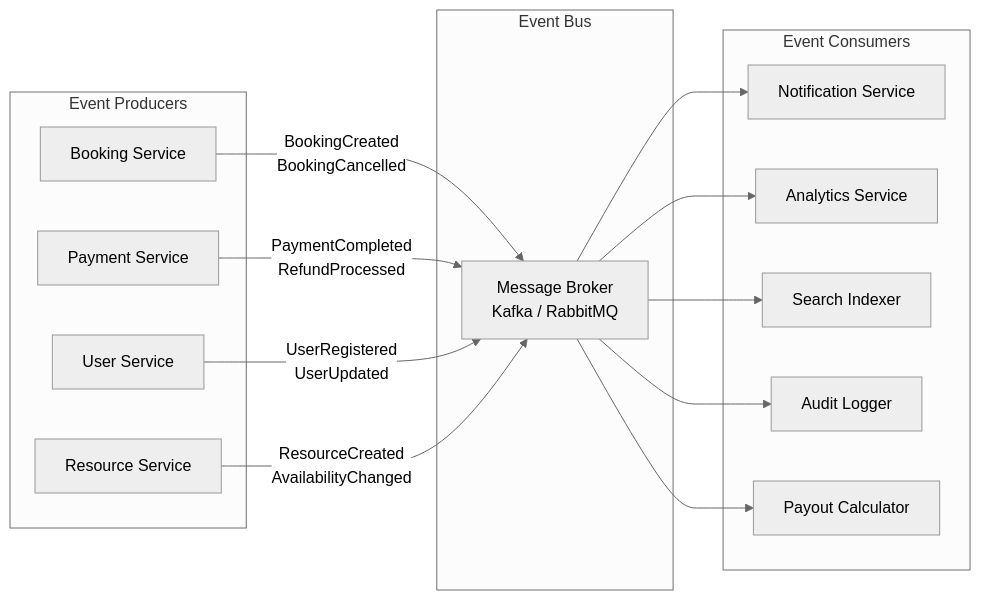
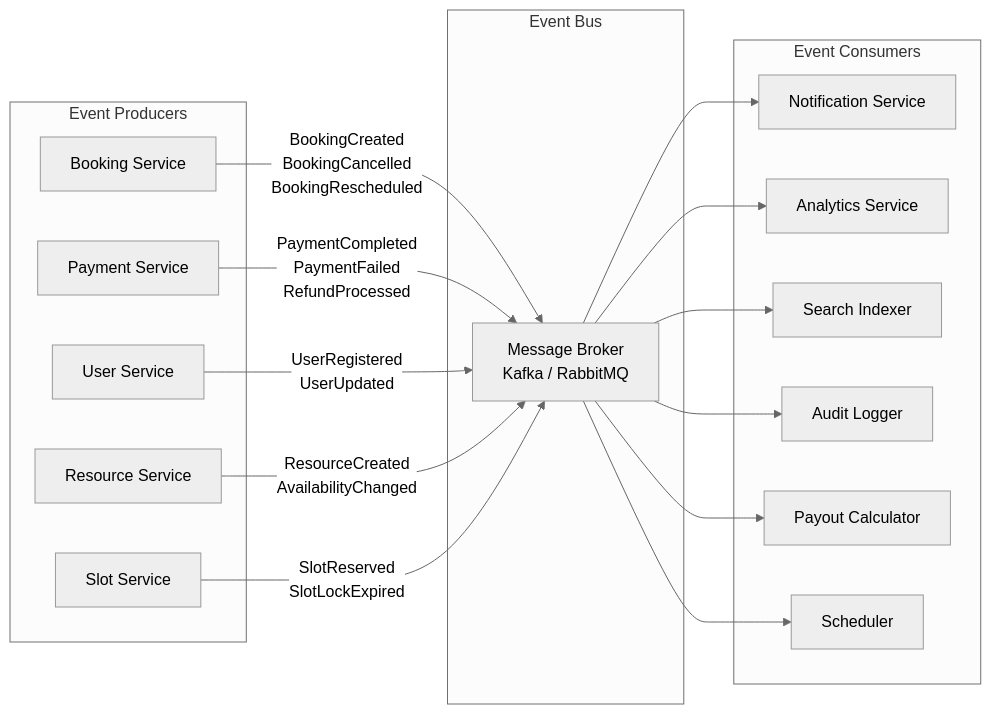
One commit to 0Ankit0/Project-Ideas changed the fourth of 6 diagrams in Slot Booking System/high-level-design/architecture-diagram.md. Above: the diagram before and after it, drawn with Mermaid (neutral theme). The commit also changed other lines of this file and 23 other files, not shown here.

First line of the commit message:
feat: Enhance Slot Booking System documentation and architecture

````diff
--- a/Slot Booking System/high-level-design/architecture-diagram.md
+++ b/Slot Booking System/high-level-design/architecture-diagram.md
@@ -215,32 +235,36 @@
 ```mermaid
 flowchart LR
     subgraph "Event Producers"
         P1[Booking Service]
         P2[Payment Service]
         P3[User Service]
         P4[Resource Service]
+        P5[Slot Service]
     end
     
     subgraph "Event Bus"
         EB[Message Broker<br/>Kafka / RabbitMQ]
     end
     
     subgraph "Event Consumers"
         C1[Notification Service]
         C2[Analytics Service]
         C3[Search Indexer]
         C4[Audit Logger]
         C5[Payout Calculator]
+        C6[Scheduler]
     end
     
-    P1 -->|BookingCreated<br/>BookingCancelled| EB
-    P2 -->|PaymentCompleted<br/>RefundProcessed| EB
+    P1 -->|BookingCreated<br/>BookingCancelled<br/>BookingRescheduled| EB
+    P2 -->|PaymentCompleted<br/>PaymentFailed<br/>RefundProcessed| EB
     P3 -->|UserRegistered<br/>UserUpdated| EB
     P4 -->|ResourceCreated<br/>AvailabilityChanged| EB
+    P5 -->|SlotReserved<br/>SlotLockExpired| EB
     
     EB --> C1
     EB --> C2
     EB --> C3
     EB --> C4
     EB --> C5
+    EB --> C6
 ```
````
